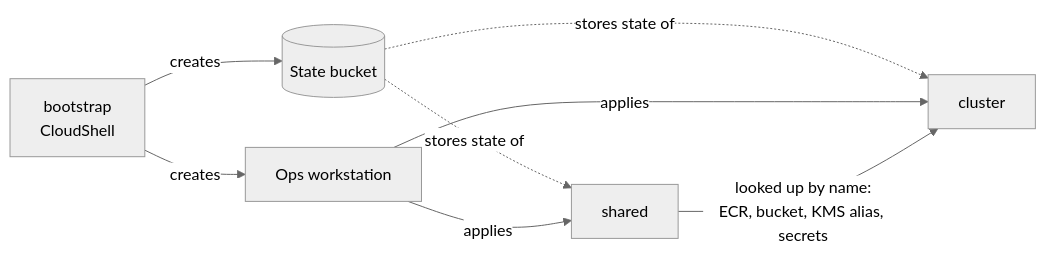
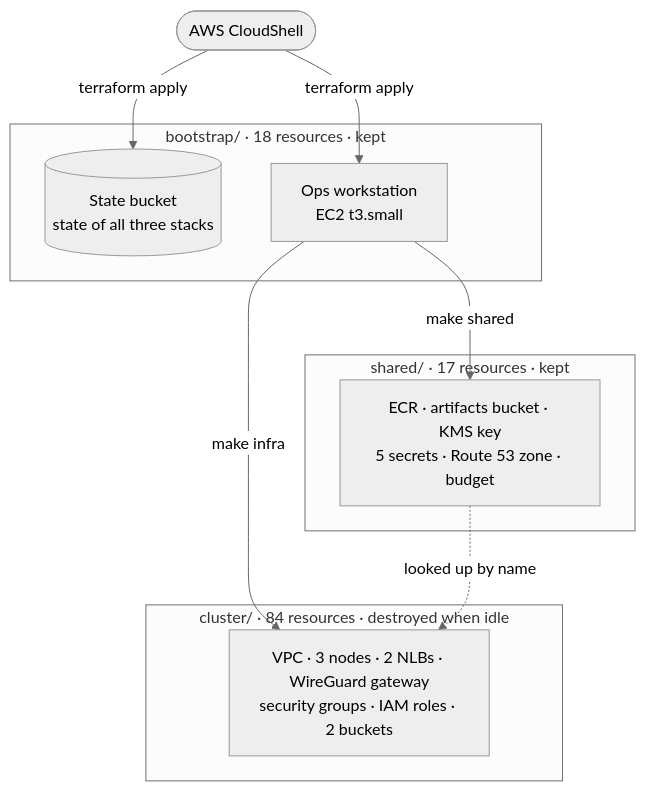
One commit to biabeogo147/Medical-RAG-Chatbot changed the second of 6 diagrams in docs/terraform/README.md. Above: the diagram before and after it, drawn with Mermaid (neutral theme). The commit also changed other lines of this file and 1 other file, not shown here.

First line of the commit message:
docs: simplify step 18 and draw each Terraform stack

````diff
--- a/docs/terraform/README.md
+++ b/docs/terraform/README.md
@@ -88,10 +88,19 @@
 ```mermaid
-flowchart LR
-    B["bootstrap<br/>CloudShell"] -->|creates| SB[("State bucket")]
-    B -->|creates| W["Ops workstation"]
-    SB -.->|"stores state of"| SH["shared"]
-    SB -.->|"stores state of"| C["cluster"]
-    W -->|applies| SH
-    W -->|applies| C
-    SH -->|"looked up by name:<br/>ECR, bucket, KMS alias, secrets"| C
+flowchart TB
+    CS(["AWS CloudShell"])
+    subgraph BOOT["bootstrap/ · 18 resources · kept"]
+        SB[("State bucket<br/>state of all three stacks")]
+        WS["Ops workstation<br/>EC2 t3.small"]
+    end
+    subgraph SHARED["shared/ · 17 resources · kept"]
+        SH["ECR · artifacts bucket · KMS key<br/>5 secrets · Route 53 zone · budget"]
+    end
+    subgraph CLUSTER["cluster/ · 84 resources · destroyed when idle"]
+        CL["VPC · 3 nodes · 2 NLBs · WireGuard gateway<br/>security groups · IAM roles · 2 buckets"]
+    end
+    CS -->|"terraform apply"| SB
+    CS -->|"terraform apply"| WS
+    WS -->|"make shared"| SH
+    WS -->|"make infra"| CL
+    SH -.->|"looked up by name"| CL
 ```
````
